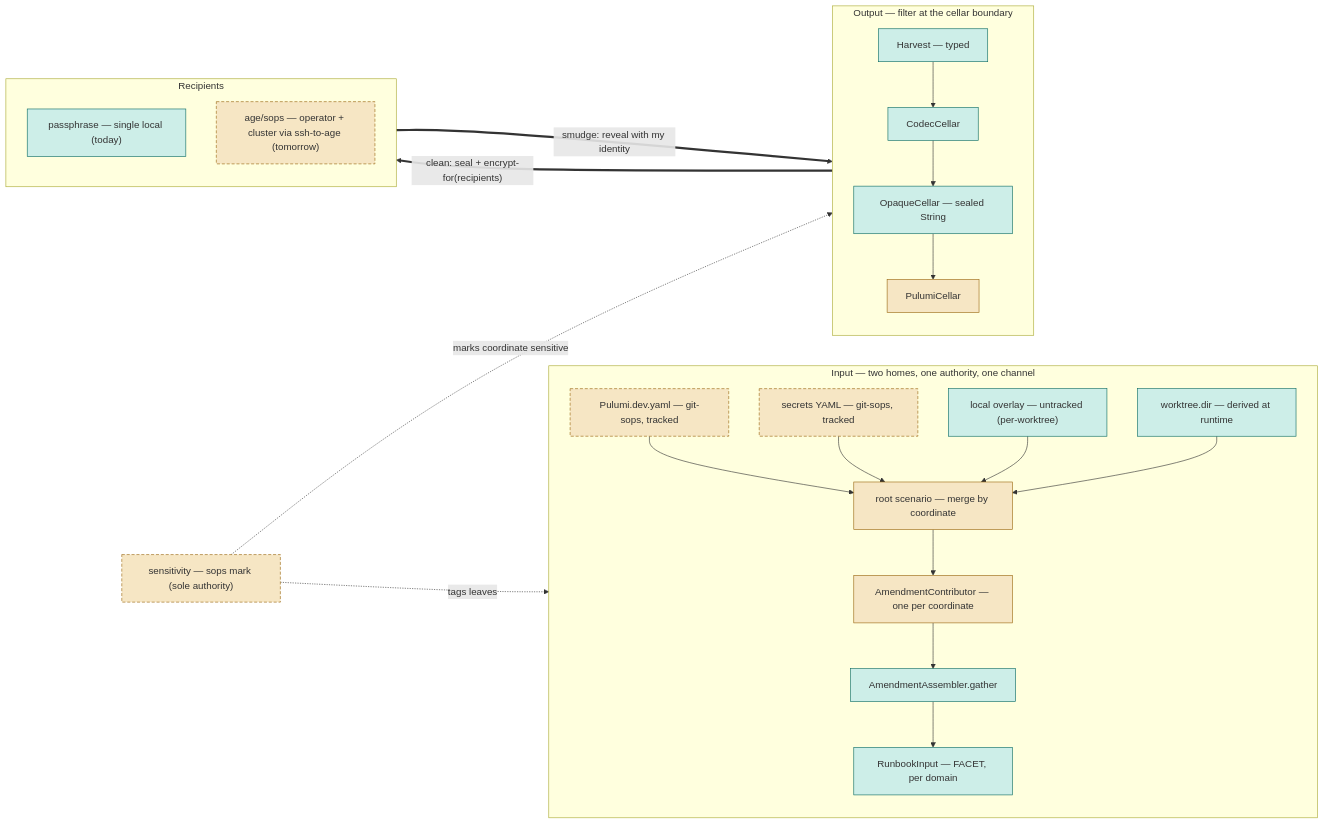
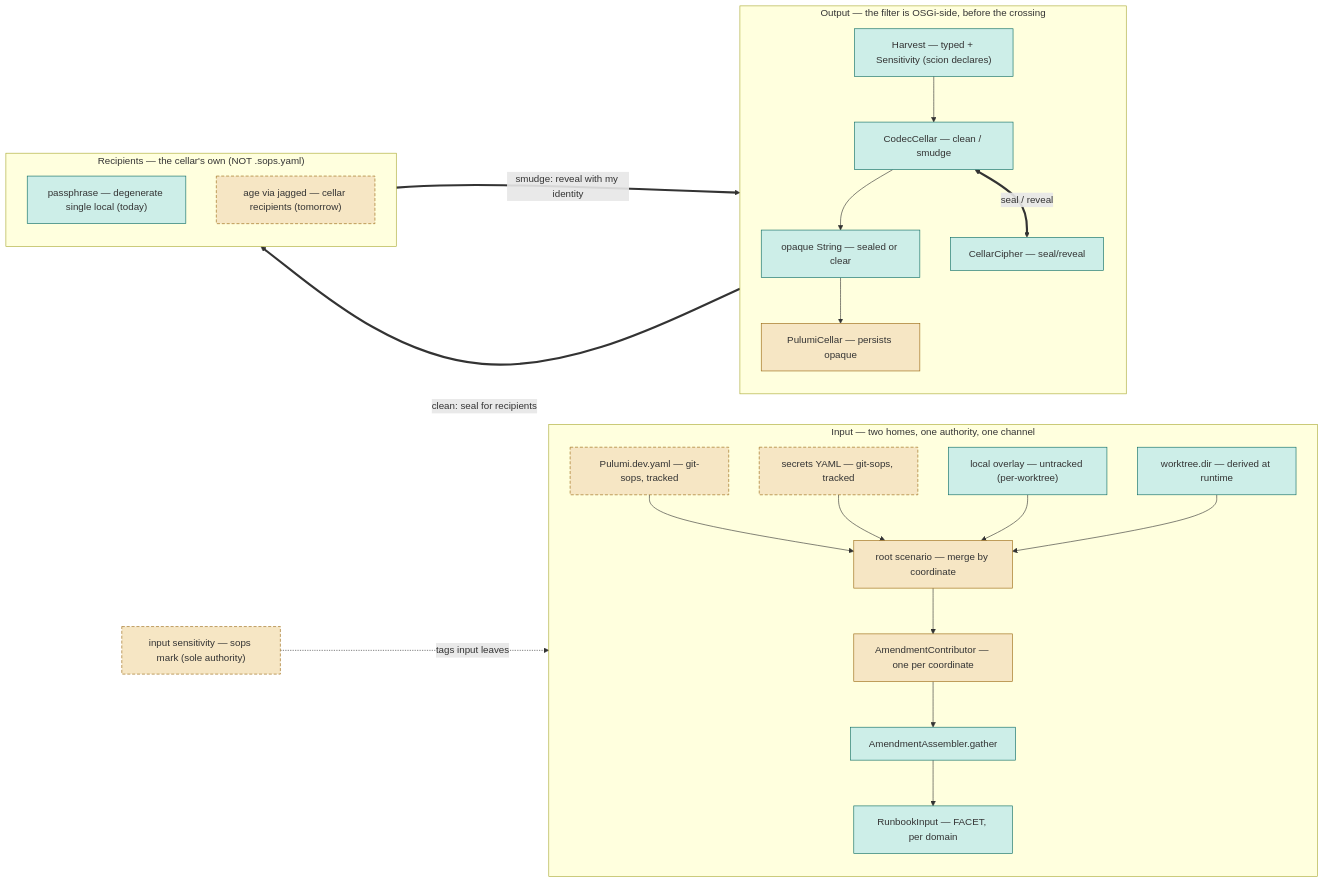
Before and after one commit to nxmatic/rke2lab: the third of 4 diagrams in docs/architecture/atlas/cellar-secrets.adoc, drawn with Mermaid. The commit also changed other lines of this file and 1 other file, not shown here.

First line of the commit message:
docs(atlas): rework cellar-secrets #1 — a CellarCipher seam, not a git-edge

```diff
--- a/docs/architecture/atlas/cellar-secrets.adoc
+++ b/docs/architecture/atlas/cellar-secrets.adoc
@@ -139,44 +142,46 @@
 [mermaid]
 ....
 flowchart LR
   subgraph IN["Input — two homes, one authority, one channel"]
     direction TB
     cfgf["Pulumi.dev.yaml — git-sops, tracked"]:::secret
     sec["secrets YAML — git-sops, tracked"]:::secret
     ovl["local overlay — untracked (per-worktree)"]:::plain
     wt["worktree.dir — derived at runtime"]:::plain
     root["root scenario — merge by coordinate"]:::host
     ctr["AmendmentContributor — one per coordinate"]:::host
     asmc["AmendmentAssembler.gather"]:::osgi
     rin["RunbookInput — FACET, per domain"]:::osgi
     cfgf --> root
     sec --> root
     ovl --> root
     wt --> root
     root --> ctr --> asmc --> rin
   end
-  attr["sensitivity — sops mark (sole authority)"]:::secret
-  subgraph OUT["Output — filter at the cellar boundary"]
+  attr["input sensitivity — sops mark (sole authority)"]:::secret
+  subgraph OUT["Output — the filter is OSGi-side, before the crossing"]
     direction TB
-    harv["Harvest — typed"]:::osgi
-    ccx["CodecCellar"]:::osgi
-    ocx["OpaqueCellar — sealed String"]:::osgi
-    pcx["PulumiCellar"]:::host
-    harv --> ccx --> ocx --> pcx
+    harv["Harvest — typed + Sensitivity (scion declares)"]:::osgi
+    ccx["CodecCellar — clean / smudge"]:::osgi
+    cipher["CellarCipher — seal/reveal"]:::osgi
+    ocx["opaque String — sealed or clear"]:::osgi
+    pcx["PulumiCellar — persists opaque"]:::host
+    harv --> ccx
+    ccx --> ocx --> pcx
   end
-  subgraph REC["Recipients"]
+  subgraph REC["Recipients — the cellar's own (NOT .sops.yaml)"]
     direction TB
-    pass["passphrase — single local (today)"]:::plain
-    age["age/sops — operator + cluster via ssh-to-age (tomorrow)"]:::secret
+    pass["passphrase — degenerate single local (today)"]:::plain
+    age["age via jagged — cellar recipients (tomorrow)"]:::secret
   end
 
-  attr -.->|"tags leaves"| sec
-  attr -.->|"marks coordinate sensitive"| pcx
-  pcx ==>|"clean: seal + encrypt-for(recipients)"| REC
-  REC ==>|"smudge: reveal with my identity"| pcx
+  attr -.->|"tags input leaves"| sec
+  ccx <==>|"seal / reveal"| cipher
+  cipher ==>|"clean: seal for recipients"| REC
+  REC ==>|"smudge: reveal with my identity"| cipher
 
   classDef host fill:#f6e6c4,stroke:#9a6710;
   classDef osgi fill:#cdeee8,stroke:#0b6b62;
   classDef plain fill:#cdeee8,stroke:#0b6b62;
   classDef secret fill:#f6e6c4,stroke:#9a6710,stroke-dasharray:5 3;
 ....
```
